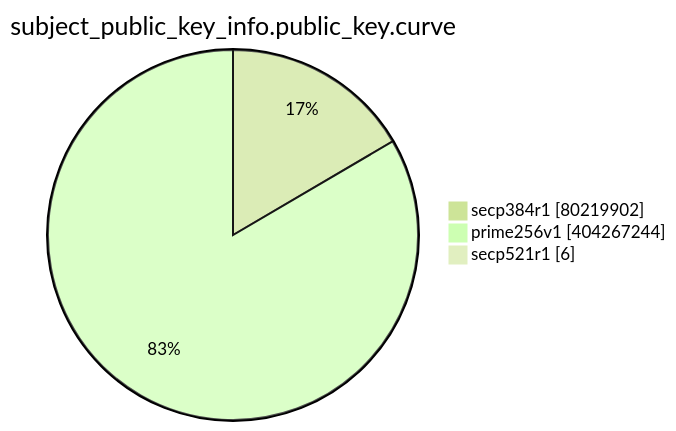
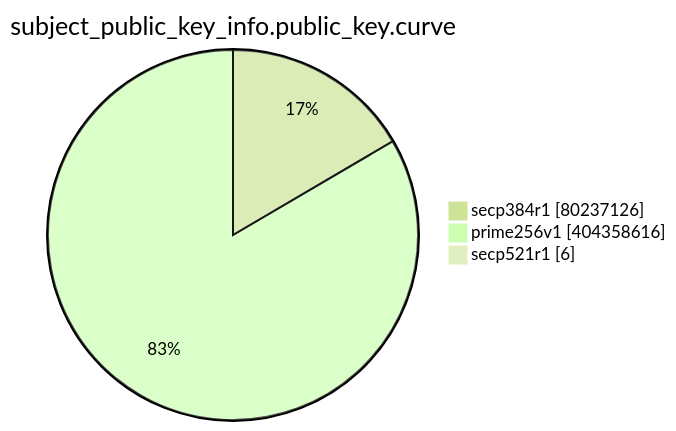
Before and after one commit to christiankrug/ctmonitor_visualization: the eighth of 15 diagrams in TOTAL/README.md, drawn with Mermaid (forest theme). The commit also changed other lines of this file, not shown here.

````diff
--- a/TOTAL/README.md
+++ b/TOTAL/README.md
@@ -3095,7 +3095,7 @@
 ```mermaid
 pie showData
 title subject_public_key_info.public_key.curve
-"secp384r1" :80219902
-"prime256v1" :404267244
+"secp384r1" :80237126
+"prime256v1" :404358616
 "secp521r1" :6
 ```
````
